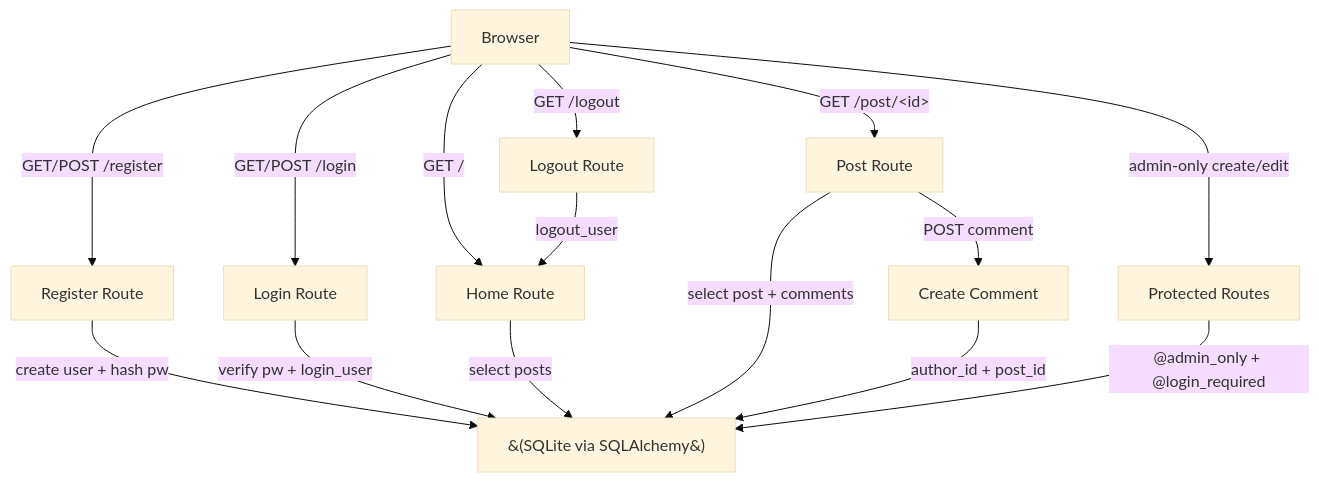
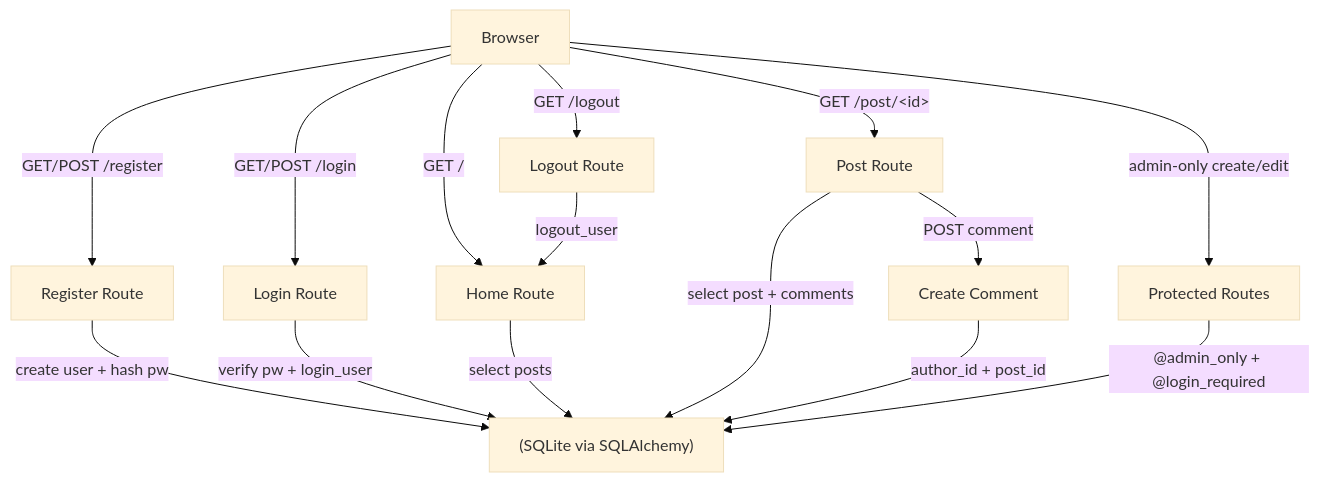
One commit to Zamir29/100-days-of-Python changed the diagram in daily_logs/day_69.md. Above: the diagram before and after it, drawn with Mermaid (base theme).

Commit message:
(day_69): corrected mermaid flowchart

````diff
--- a/daily_logs/day_69.md
+++ b/daily_logs/day_69.md
@@ -106,22 +106,22 @@
 ```mermaid
 graph TD;
     U[Browser] -->|GET /| H[Home Route];
     U -->|GET /post/&lt;id&gt;| P[Post Route];
 
     U -->|GET/POST /register| R[Register Route];
     U -->|GET/POST /login| L[Login Route];
     U -->|GET /logout| O[Logout Route];
 
-    R -->|create user + hash pw| DB[&#40;SQLite via SQLAlchemy&#41;];
+    R -->|create user + hash pw| DB[#40;SQLite via SQLAlchemy#41;];
     L -->|verify pw + login_user| DB;
     O -->|logout_user| H;
 
     H -->|select posts| DB;
     P -->|select post + comments| DB;
 
     P -->|POST comment| C[Create Comment];
     C -->|author_id + post_id| DB;
 
     U -->|admin-only create/edit| A[Protected Routes];
     A -->|#64;admin_only + #64;login_required| DB;
 ```
````
